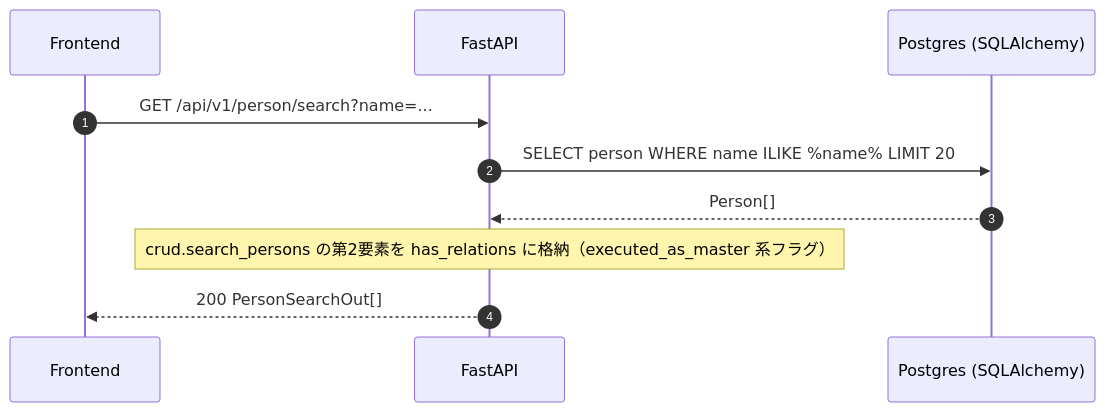
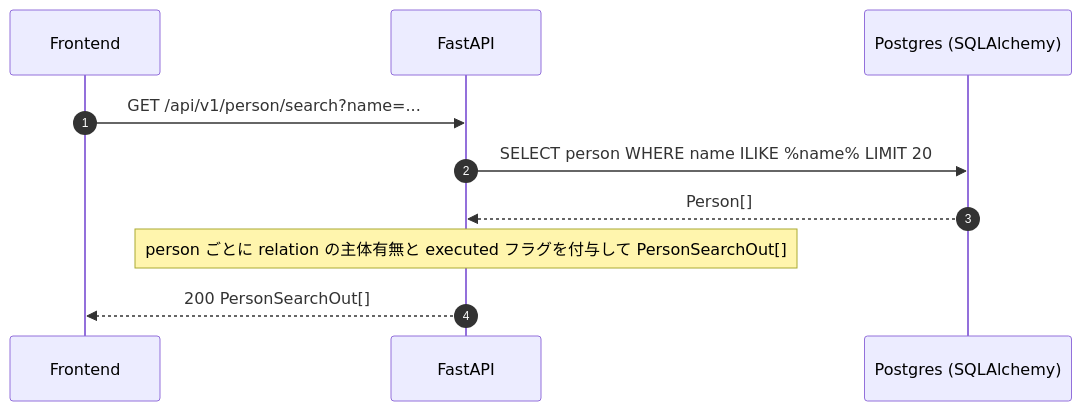
The fourth of 8 diagrams in docs/api.md (5avvadaJ1r0/people_relation), drawn with Mermaid before and after one commit. The commit also changed other lines of this file and 20 other files, not shown here.

````diff
--- a/docs/api.md
+++ b/docs/api.md
@@ -400,13 +405,13 @@
 ```mermaid
 sequenceDiagram
     autonumber
     participant FE as Frontend
     participant API as FastAPI
     participant DB as Postgres (SQLAlchemy)
 
     FE->>API: GET /api/v1/person/search?name=...
     API->>DB: SELECT person WHERE name ILIKE %name% LIMIT 20
     DB-->>API: Person[]
-    Note over API: crud.search_persons の第2要素を has_relations に格納（executed_as_master 系フラグ）
+    Note over API: person ごとに relation の主体有無と executed フラグを付与して PersonSearchOut[]
     API-->>FE: 200 PersonSearchOut[]
 ```
````
